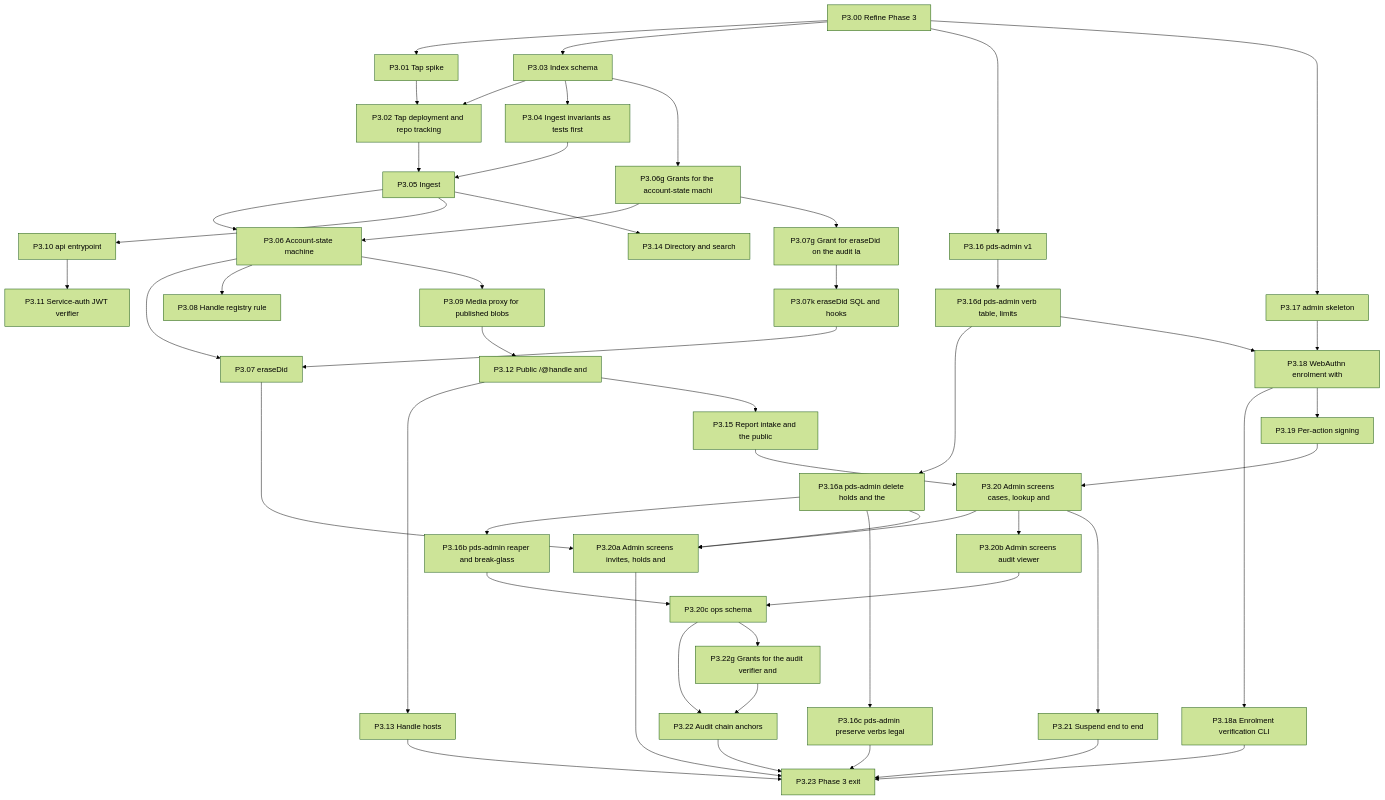
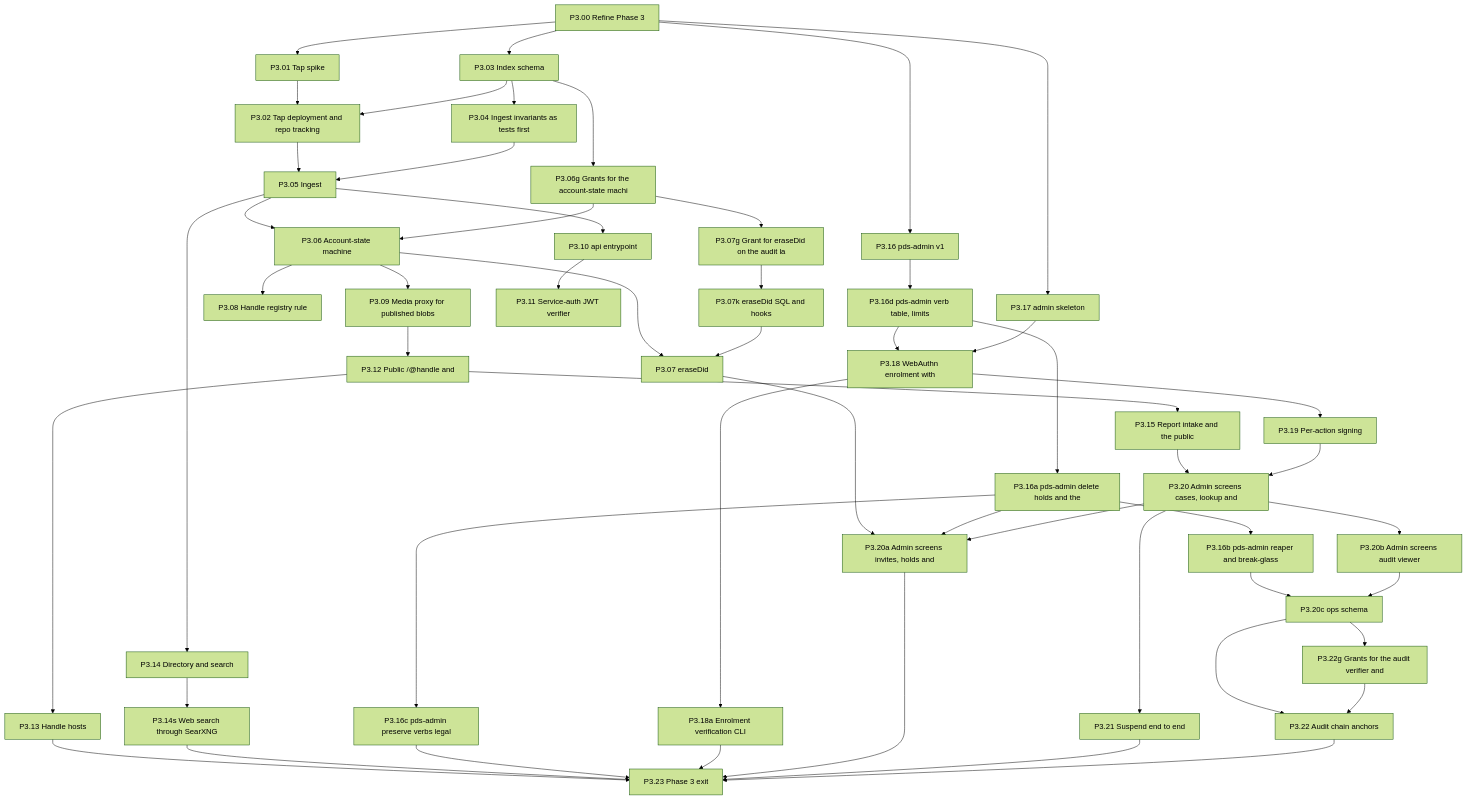
The sixth of 11 diagrams in docs/ai/book/01-outline.md (Undefined6799/unset), drawn with Mermaid (forest theme) before and after one commit. The commit also changed other lines of this file and 6 other files, not shown here.

First line of the commit message:
P3.14s Plan web search through SearXNG (#1251)

```diff
--- a/docs/ai/book/01-outline.md
+++ b/docs/ai/book/01-outline.md
@@ -1672,6 +1673,7 @@
   P3_12["P3.12 Public /@handle and"]
   P3_13["P3.13 Handle hosts"]
   P3_14["P3.14 Directory and search"]
+  P3_14s["P3.14s Web search through SearXNG"]
   P3_15["P3.15 Report intake and the public"]
   P3_16["P3.16 pds-admin v1"]
   P3_16d["P3.16d pds-admin verb table, limits"]
@@ -1706,6 +1708,7 @@
   P3_09 --> P3_12
   P3_12 --> P3_13
   P3_05 --> P3_14
+  P3_14 --> P3_14s
   P3_12 --> P3_15
   P3_00 --> P3_16
   P3_16 --> P3_16d
@@ -1728,6 +1731,7 @@
   P3_20 --> P3_21
   P3_20c --> P3_22
   P3_13 --> P3_23
+  P3_14s --> P3_23
   P3_16c --> P3_23
   P3_18a --> P3_23
   P3_20a --> P3_23
```
